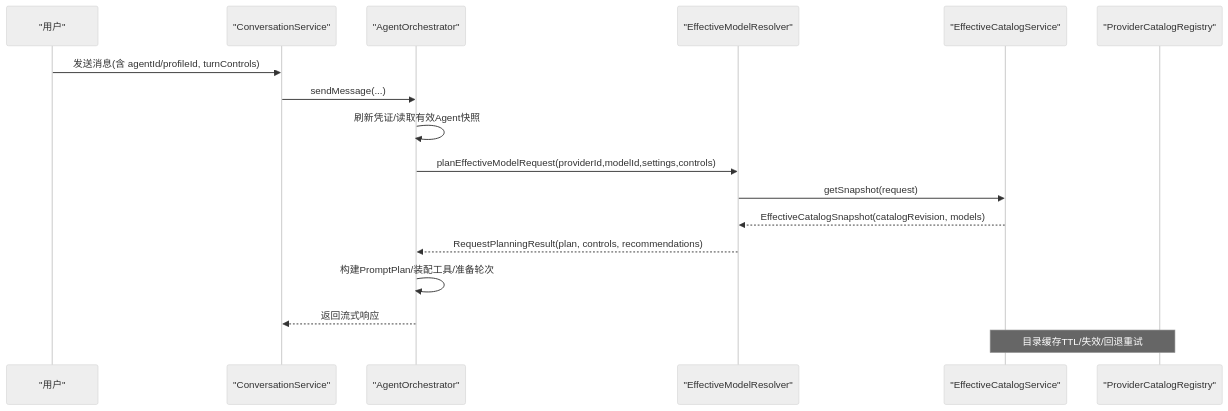
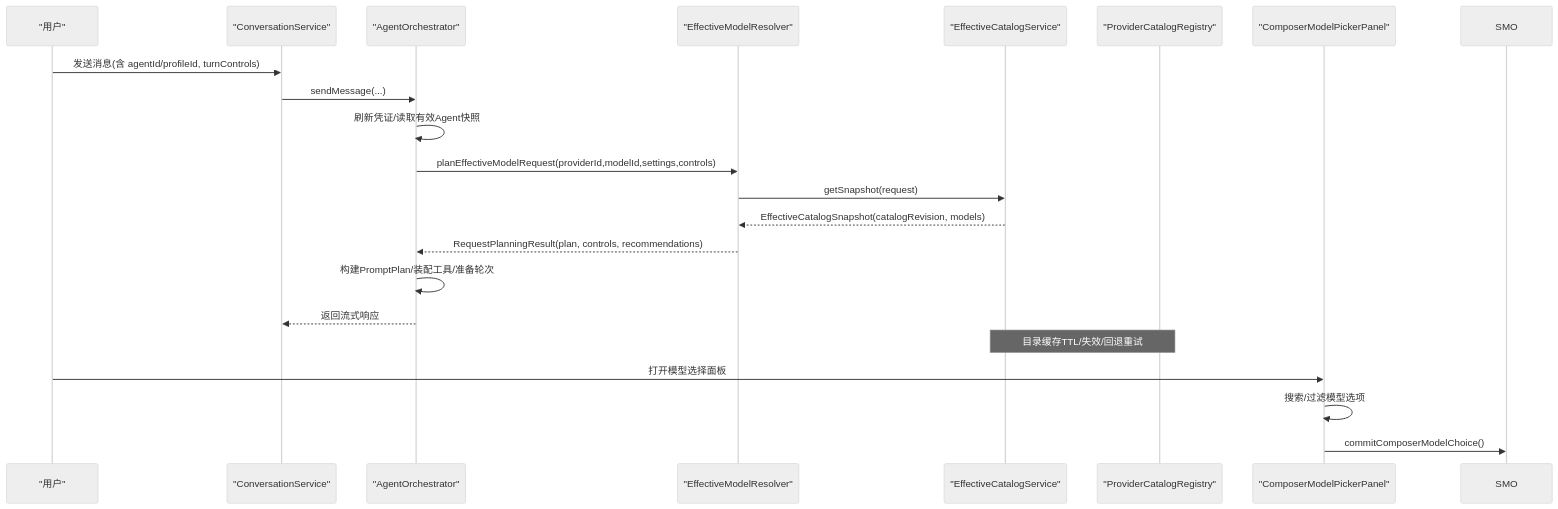
Before and after one commit to haolange/RDC-Agent: the second of 10 diagrams in .qoder/repowiki/zh/content/用户界面/对话编辑器/Agent 选择与配置.md, drawn with Mermaid (neutral theme). The commit also changed other lines of this file and 22 other files, not shown here.

````diff
--- a/.qoder/repowiki/zh/content/用户界面/对话编辑器/Agent 选择与配置.md
+++ b/.qoder/repowiki/zh/content/用户界面/对话编辑器/Agent 选择与配置.md
@@ -87,19 +109,23 @@
 ```mermaid
 sequenceDiagram
 participant U as "用户"
 participant C as "ConversationService"
 participant A as "AgentOrchestrator"
 participant M as "EffectiveModelResolver"
 participant E as "EffectiveCatalogService"
 participant P as "ProviderCatalogRegistry"
+participant CMP as "ComposerModelPickerPanel"
 U->>C : 发送消息(含 agentId/profileId, turnControls)
 C->>A : sendMessage(...)
 A->>A : 刷新凭证/读取有效Agent快照
 A->>M : planEffectiveModelRequest(providerId,modelId,settings,controls)
 M->>E : getSnapshot(request)
 E-->>M : EffectiveCatalogSnapshot(catalogRevision, models)
 M-->>A : RequestPlanningResult(plan, controls, recommendations)
 A->>A : 构建PromptPlan/装配工具/准备轮次
 A-->>C : 返回流式响应
 Note over E,P : 目录缓存TTL/失效/回退重试
+U->>CMP : 打开模型选择面板
+CMP->>CMP : 搜索/过滤模型选项
+CMP->>SMO : commitComposerModelChoice()
 ```
````
